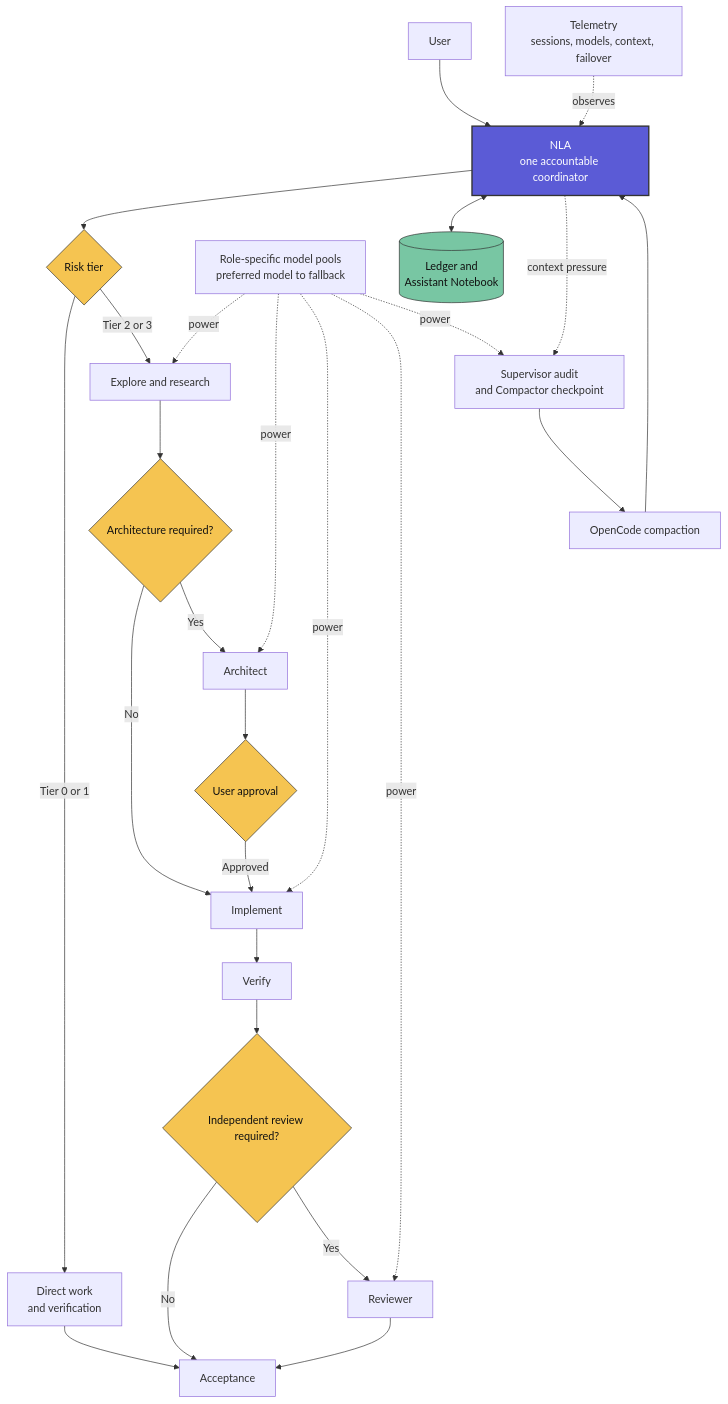
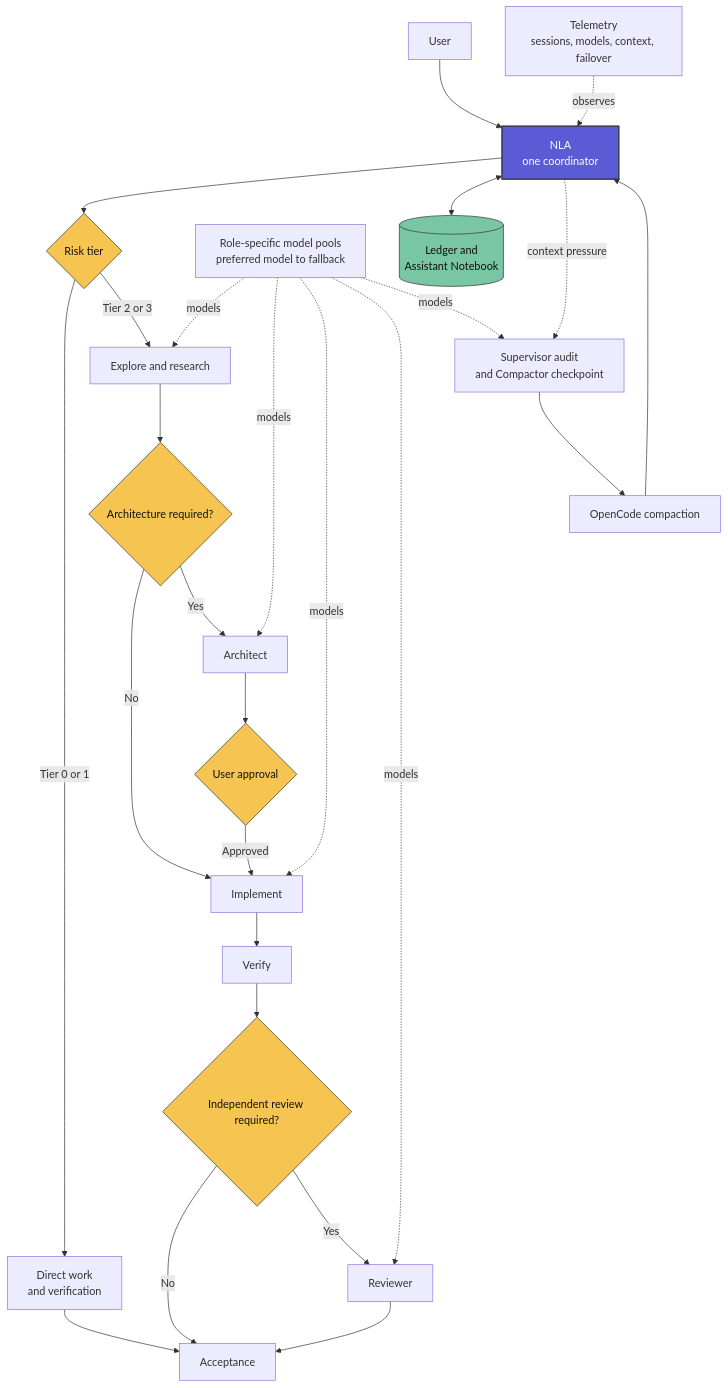
Before and after one commit to pickleshell/next-level-agent: the diagram in README.md, drawn with Mermaid. The commit also changed other lines of this file, not shown here.

Commit message:
docs(nla): simplify README language

````diff
--- a/README.md
+++ b/README.md
@@ -30,39 +28,39 @@
 ```mermaid
 flowchart TB
-    U[User] --> N[NLA<br/>one accountable coordinator]
+    U[User] --> N[NLA<br/>one coordinator]
     N --> T{Risk tier}
 
     T -->|Tier 0 or 1| D[Direct work<br/>and verification]
     T -->|Tier 2 or 3| E[Explore and research]
     E --> AG{Architecture required?}
     AG -->|No| I[Implement]
     AG -->|Yes| A[Architect]
     A --> G{User approval}
     G -->|Approved| I
     I --> V[Verify]
     V --> RG{Independent review required?}
     RG -->|No| X
     RG -->|Yes| R[Reviewer]
     D --> X[Acceptance]
     R --> X
 
-    P[Role-specific model pools<br/>preferred model to fallback] -. power .-> E
-    P -. power .-> A
-    P -. power .-> I
-    P -. power .-> R
-    P -. power .-> C
+    P[Role-specific model pools<br/>preferred model to fallback] -. models .-> E
+    P -. models .-> A
+    P -. models .-> I
+    P -. models .-> R
+    P -. models .-> C
 
     N <--> M[(Ledger and<br/>Assistant Notebook)]
     N -. context pressure .-> C[Supervisor audit<br/>and Compactor checkpoint]
     C --> O[OpenCode compaction]
     O --> N
 
     L[Telemetry<br/>sessions, models, context, failover] -. observes .-> N
 
     classDef primary fill:#5b5bd6,color:#fff,stroke:#333,stroke-width:2px;
     classDef gate fill:#f5c451,color:#111,stroke:#333;
     classDef memory fill:#78c6a3,color:#111,stroke:#333;
     class N primary;
     class T,AG,G,RG gate;
     class M memory;
 ```
````
